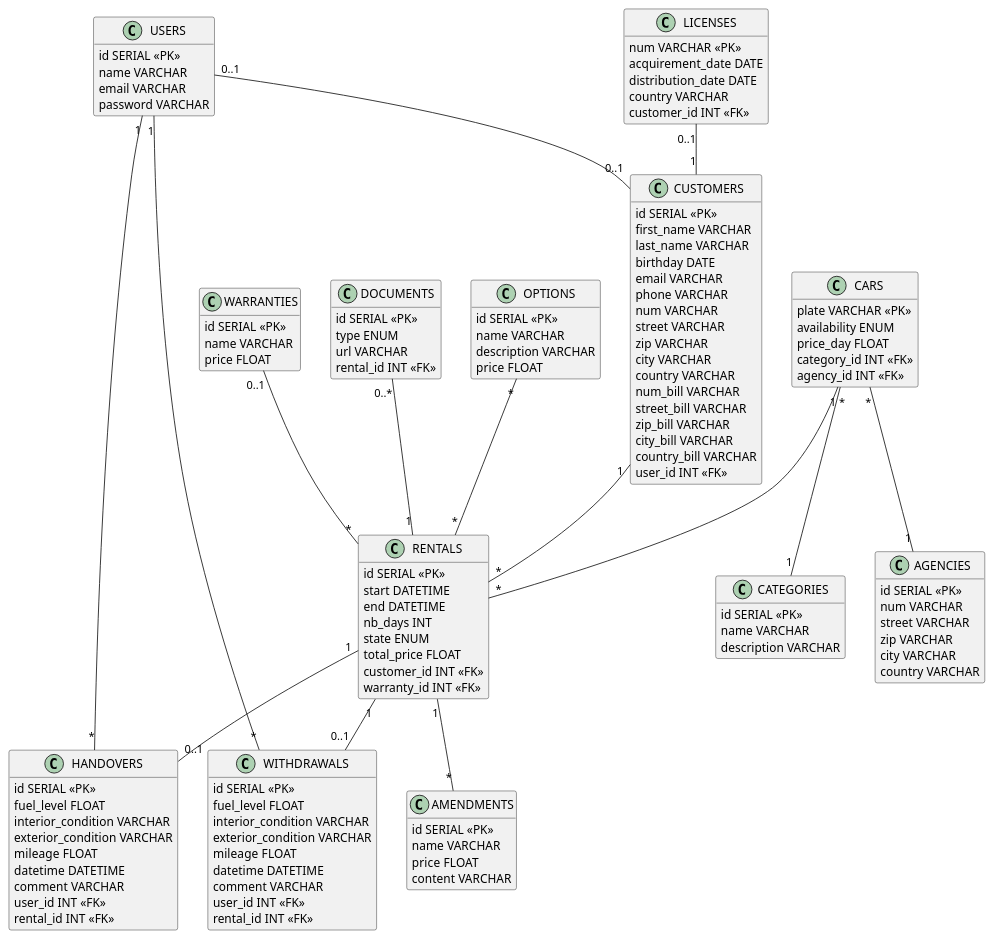
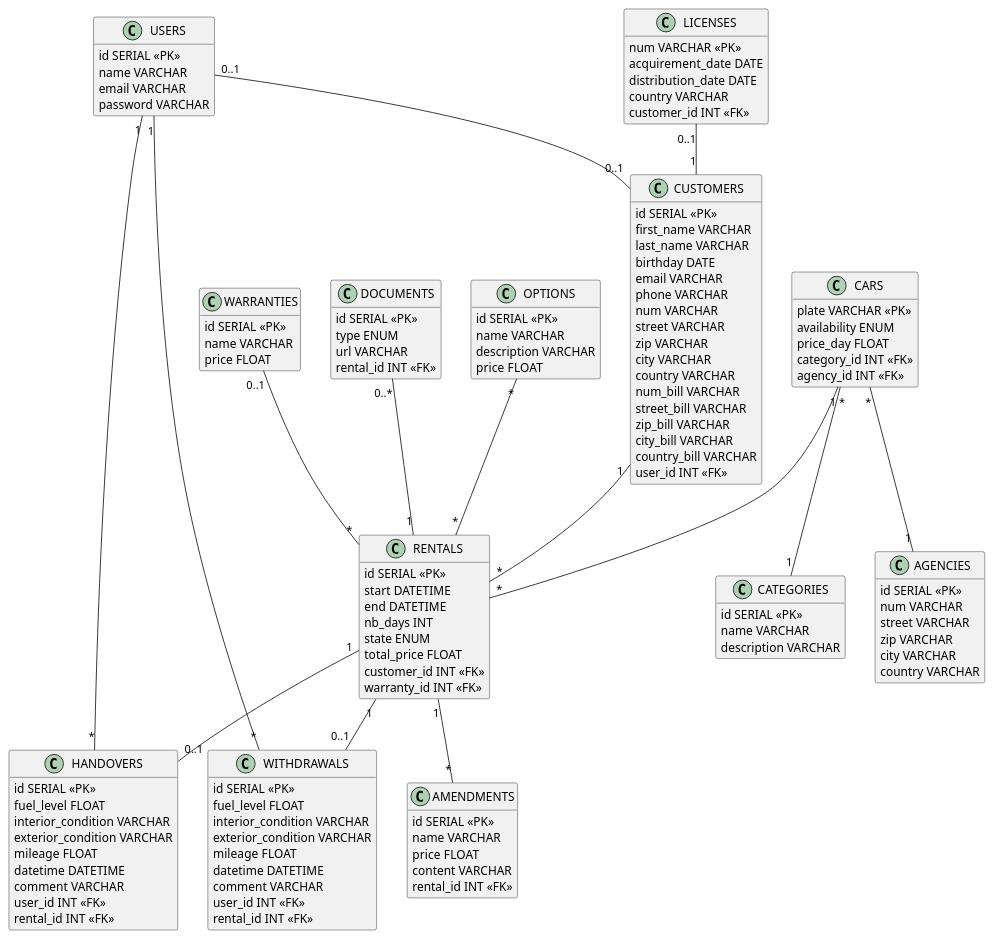
One commit to axelriv62/roulmapoul-api changed the diagram in diagram.puml. Above: the diagram before and after it, drawn with PlantUML.

Commit message:
fix: clé étrangère manquante dans la table amendments

```diff
--- a/diagram.puml
+++ b/diagram.puml
@@ -1,139 +1,140 @@
 @startuml
 hide empty members
 
 class USERS {
     id SERIAL <<PK>>
     name VARCHAR
     email VARCHAR
     password VARCHAR
 }
 
 class CUSTOMERS {
     id SERIAL <<PK>>
     first_name VARCHAR
     last_name VARCHAR
     birthday DATE
     email VARCHAR
     phone VARCHAR
     num VARCHAR
     street VARCHAR
     zip VARCHAR
     city VARCHAR
     country VARCHAR
     num_bill VARCHAR
     street_bill VARCHAR
     zip_bill VARCHAR
     city_bill VARCHAR
     country_bill VARCHAR
     user_id INT <<FK>>
 }
 
 class RENTALS {
     id SERIAL <<PK>>
     start DATETIME
     end DATETIME
     nb_days INT
     state ENUM
     total_price FLOAT
     customer_id INT <<FK>>
     warranty_id INT <<FK>>
 }
 
 class LICENSES {
     num VARCHAR <<PK>>
     acquirement_date DATE
     distribution_date DATE
     country VARCHAR
     customer_id INT <<FK>>
 }
 
 class WARRANTIES {
     id SERIAL <<PK>>
     name VARCHAR
     price FLOAT
 }
 
 class AMENDMENTS {
     id SERIAL <<PK>>
     name VARCHAR
     price FLOAT
     content VARCHAR
+    rental_id INT <<FK>>
 }
 
 class DOCUMENTS {
     id SERIAL <<PK>>
     type ENUM
     url VARCHAR
     rental_id INT <<FK>>
 }
 
 class WITHDRAWALS {
     id SERIAL <<PK>>
     fuel_level FLOAT
     interior_condition VARCHAR
     exterior_condition VARCHAR
     mileage FLOAT
     datetime DATETIME
     comment VARCHAR
     user_id INT <<FK>>
     rental_id INT <<FK>>
 }
 
 class HANDOVERS {
     id SERIAL <<PK>>
     fuel_level FLOAT
     interior_condition VARCHAR
     exterior_condition VARCHAR
     mileage FLOAT
     datetime DATETIME
     comment VARCHAR
     user_id INT <<FK>>
     rental_id INT <<FK>>
 }
 
 class CARS {
     plate VARCHAR <<PK>>
     availability ENUM
     price_day FLOAT
     category_id INT <<FK>>
     agency_id INT <<FK>>
 }
 
 class OPTIONS {
     id SERIAL <<PK>>
     name VARCHAR
     description VARCHAR
     price FLOAT
 }
 
 class CATEGORIES {
     id SERIAL <<PK>>
     name VARCHAR
     description VARCHAR
 }
 
 class AGENCIES {
     id SERIAL <<PK>>
     num VARCHAR
     street VARCHAR
     zip VARCHAR
     city VARCHAR
     country VARCHAR
 }
 
 CARS "*" -- "1" AGENCIES
 CARS "*" -- "1" CATEGORIES
 CARS "1" -- "*" RENTALS
 RENTALS "1" -- "*" AMENDMENTS
 RENTALS "1" -- "0..1" WITHDRAWALS
 WITHDRAWALS "*" -- "1" USERS
 USERS "0..1" -- "0..1" CUSTOMERS
 LICENSES "0..1" -- "1" CUSTOMERS
 WARRANTIES "0..1" -- "*" RENTALS
 OPTIONS "*" -- "*" RENTALS
 DOCUMENTS "0..*" -- "1" RENTALS
 USERS "1" -- "*" HANDOVERS
 RENTALS "1" -- "0..1" HANDOVERS
 CUSTOMERS "1" -- "*" RENTALS
 
 @enduml
```
